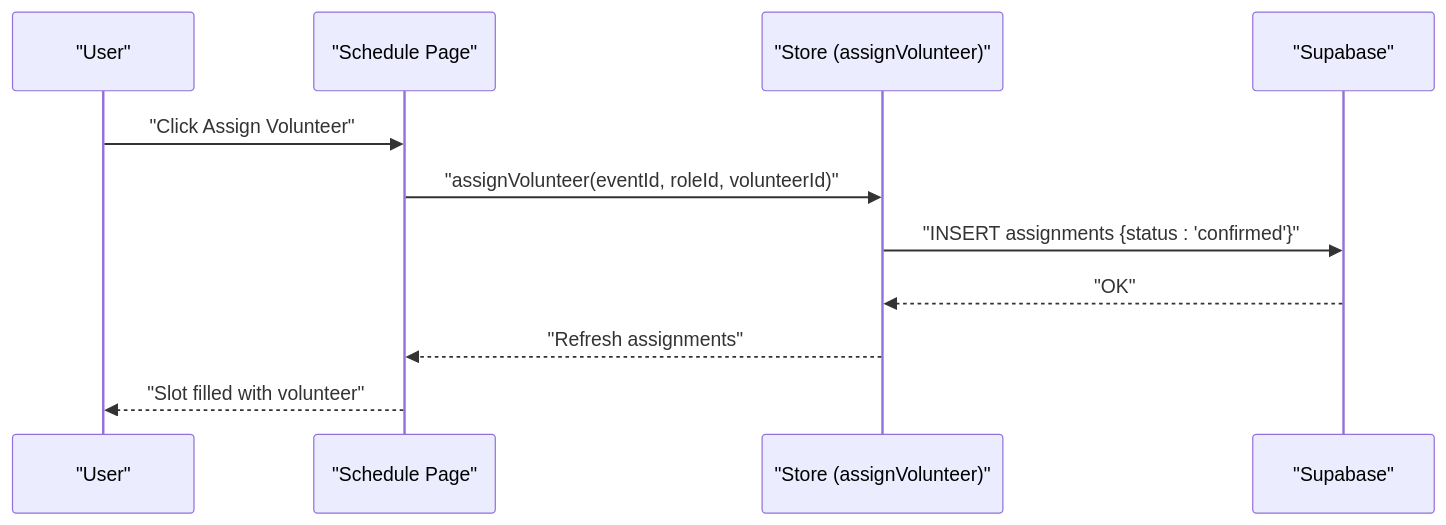
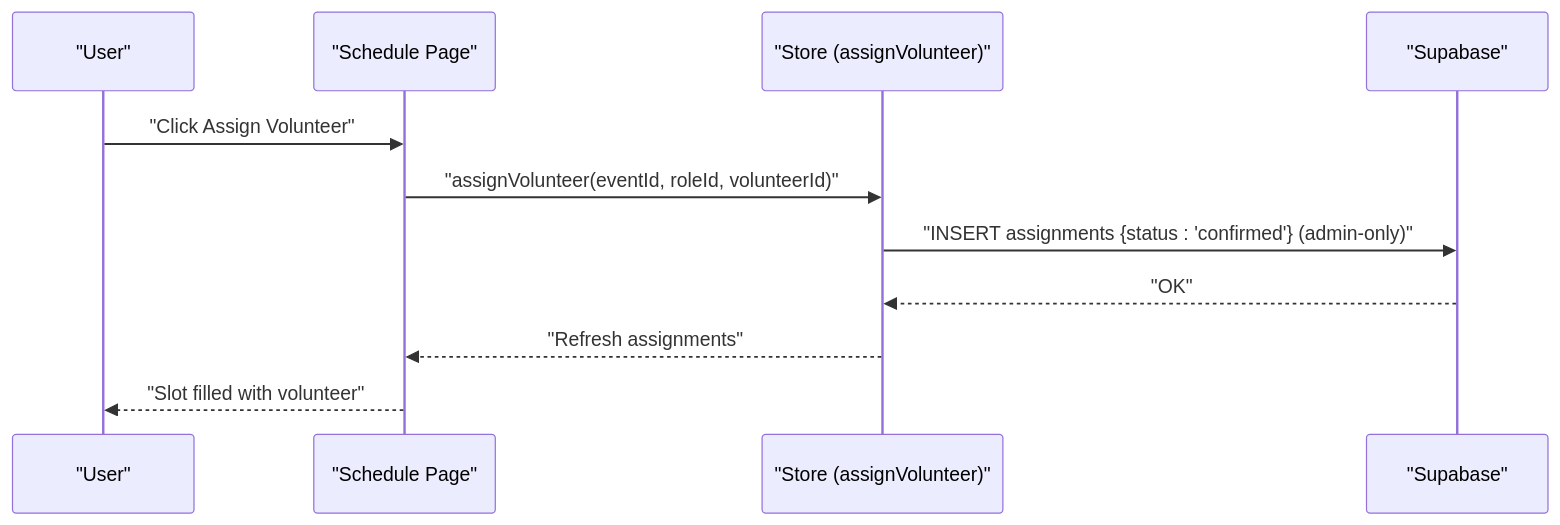
One commit to netdaniel/serveflow changed the fifth of 12 diagrams in .qoder/repowiki/en/content/Service Scheduling Platform/Service Scheduling Platform.md. Above: the diagram before and after it, drawn with Mermaid. The commit also changed other lines of this file and 15 other files, not shown here.

````diff
--- a/.qoder/repowiki/en/content/Service Scheduling Platform/Service Scheduling Platform.md
+++ b/.qoder/repowiki/en/content/Service Scheduling Platform/Service Scheduling Platform.md
@@ -245,13 +262,13 @@
 ```mermaid
 sequenceDiagram
 participant U as "User"
 participant S as "Schedule Page"
 participant ST as "Store (assignVolunteer)"
 participant SB as "Supabase"
 U->>S : "Click Assign Volunteer"
 S->>ST : "assignVolunteer(eventId, roleId, volunteerId)"
-ST->>SB : "INSERT assignments {status : 'confirmed'}"
+ST->>SB : "INSERT assignments {status : 'confirmed'} (admin-only)"
 SB-->>ST : "OK"
 ST-->>S : "Refresh assignments"
 S-->>U : "Slot filled with volunteer"
 ```
````
